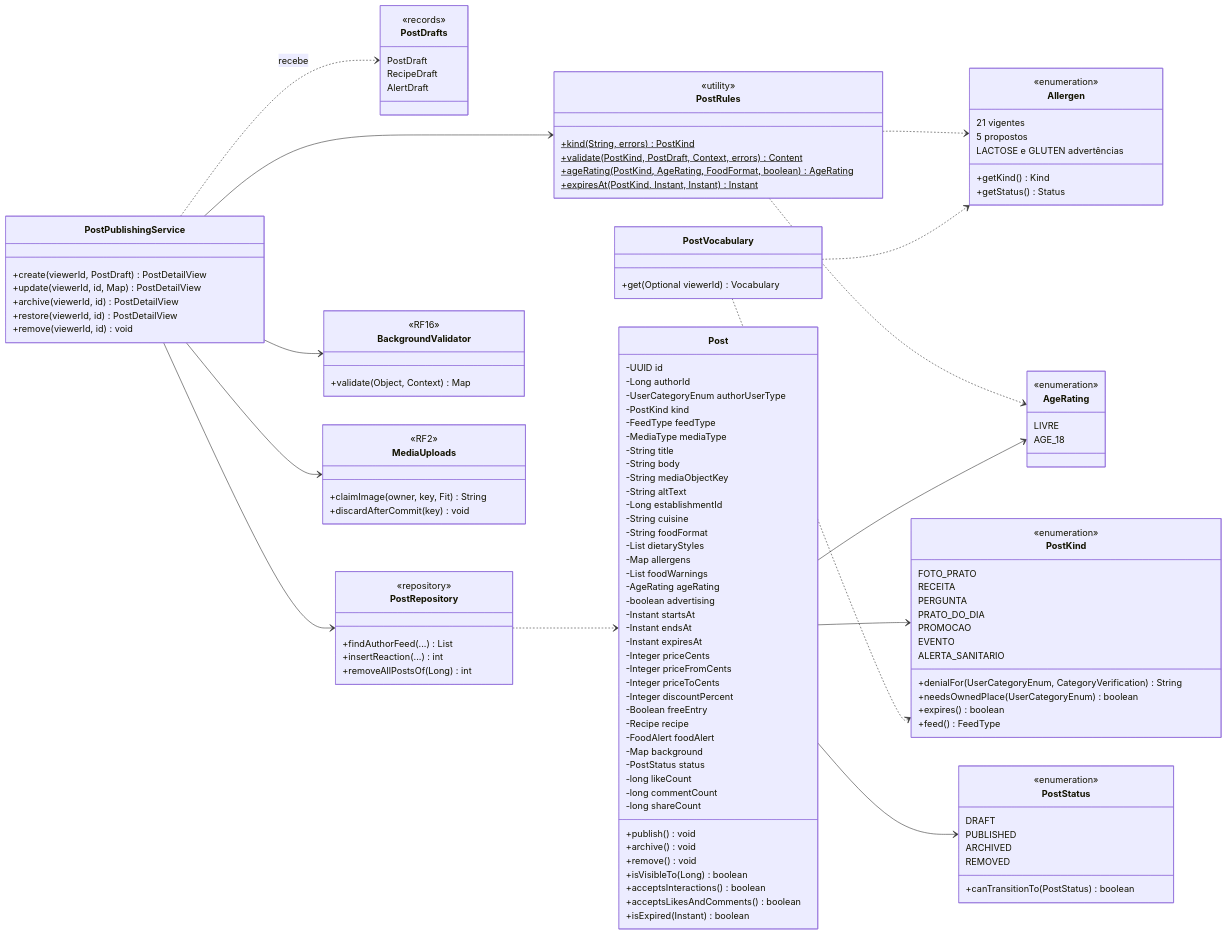
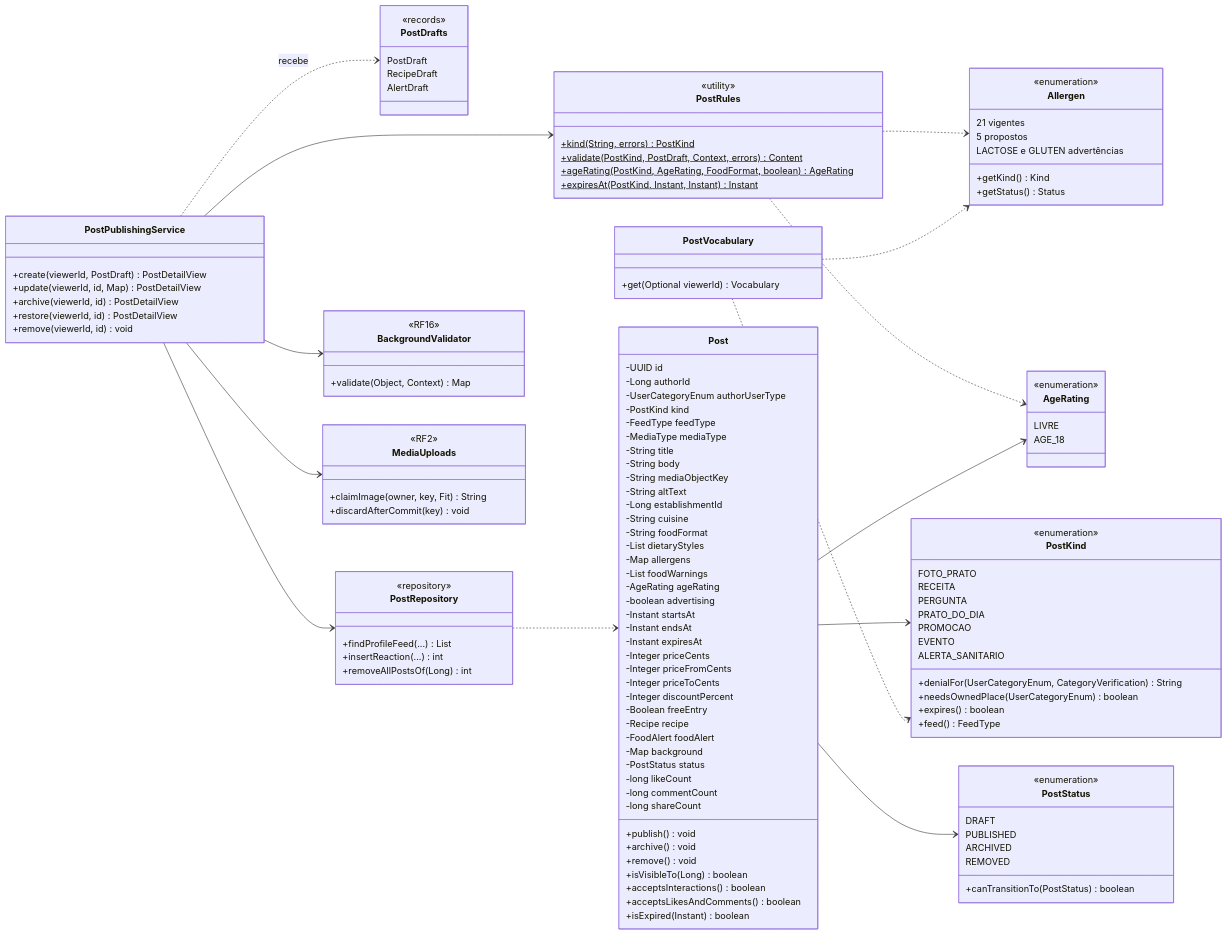
One commit to MatheusHaliski/Friendly-Eats changed the diagram in docs/RF9/classes.md. Above: the diagram before and after it, drawn with Mermaid. The commit also changed 4 other files, not shown here.

```diff
--- a/docs/RF9/classes.md
+++ b/docs/RF9/classes.md
@@ -105,7 +105,7 @@
     }
     class PostRepository {
         <<repository>>
-        +findAuthorFeed(...) List
+        +findProfileFeed(...) List
         +insertReaction(...) int
         +removeAllPostsOf(Long) int
     }
```
